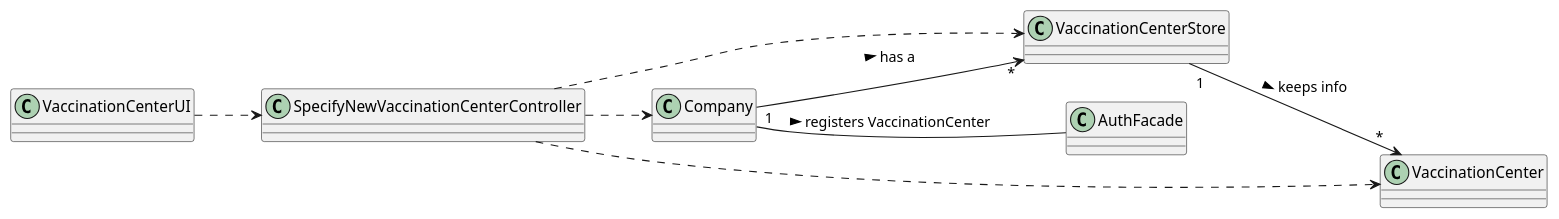
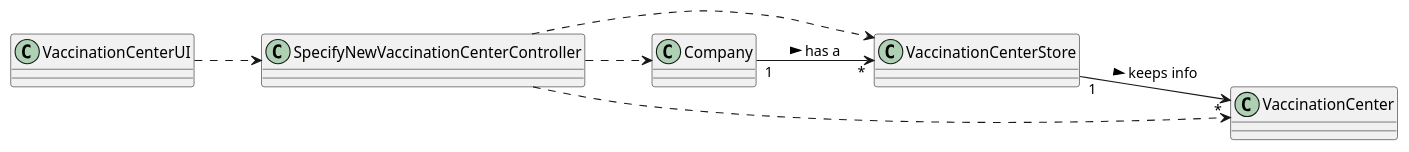
One commit to PedroMesquita1211171/VaccinationManager changed the diagram in docs/SprintB/US/US9/US009_CD.puml. Above: the diagram before and after it, drawn with PlantUML. The commit also changed other lines of this file and 2 other files, not shown here.

```diff
--- a/docs/SprintB/US/US9/US009_CD.puml
+++ b/docs/SprintB/US/US9/US009_CD.puml
@@ -1,20 +1,20 @@
 @startuml
 skinparam classAttributeIconSize 0
 left to right direction
 
 class VaccinationCenterUI{}
 class SpecifyNewVaccinationCenterController{}
 class VaccinationCenterStore{}
 class Company{}
-class AuthFacade{}
+
 
 
 VaccinationCenterUI ..> SpecifyNewVaccinationCenterController
 Company "1"-->"*" VaccinationCenterStore : has a >
 VaccinationCenterStore "1"-->"*" VaccinationCenter : keeps info >
 SpecifyNewVaccinationCenterController ..> Company
 SpecifyNewVaccinationCenterController ..> VaccinationCenterStore
 SpecifyNewVaccinationCenterController ..> VaccinationCenter
-Company -- AuthFacade : registers VaccinationCenter >
+
 
 @enduml
```
